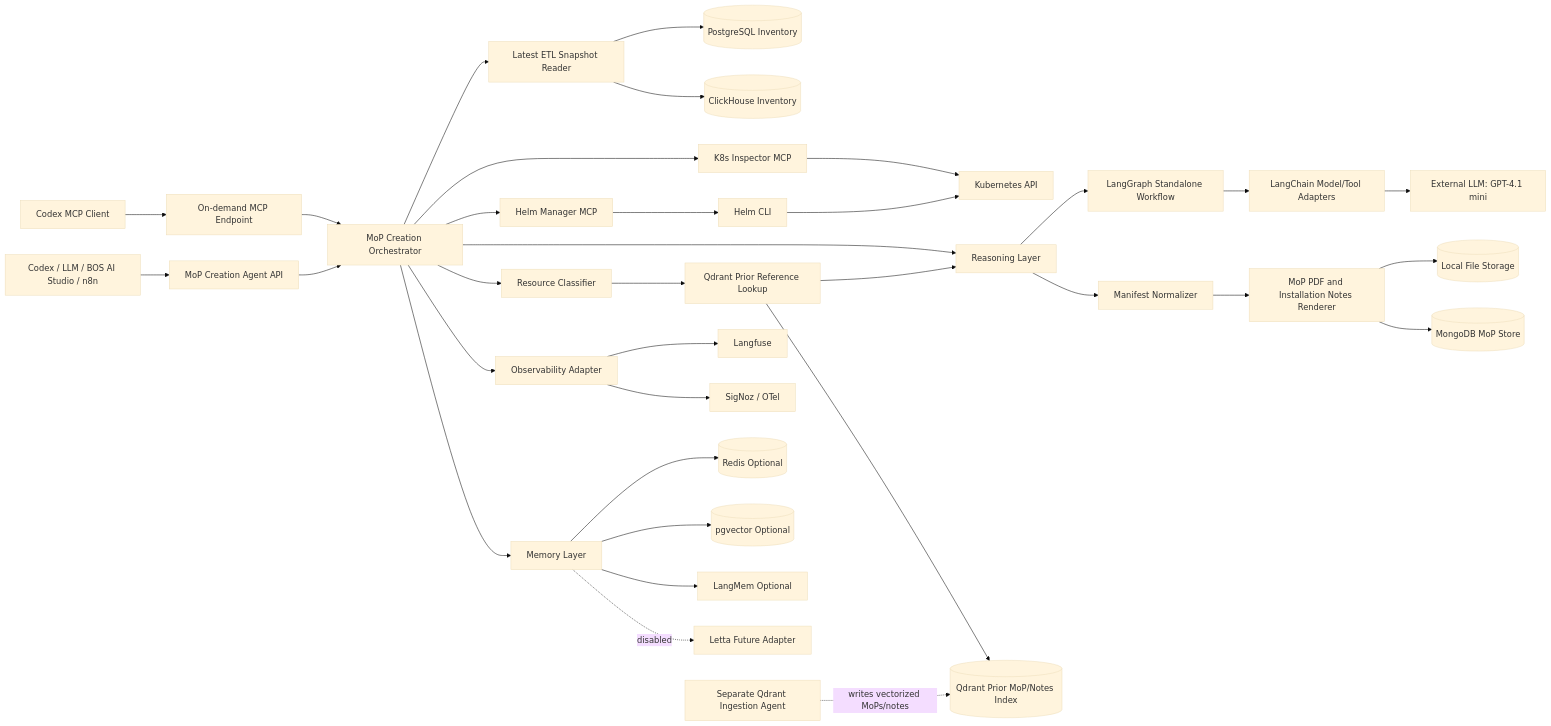
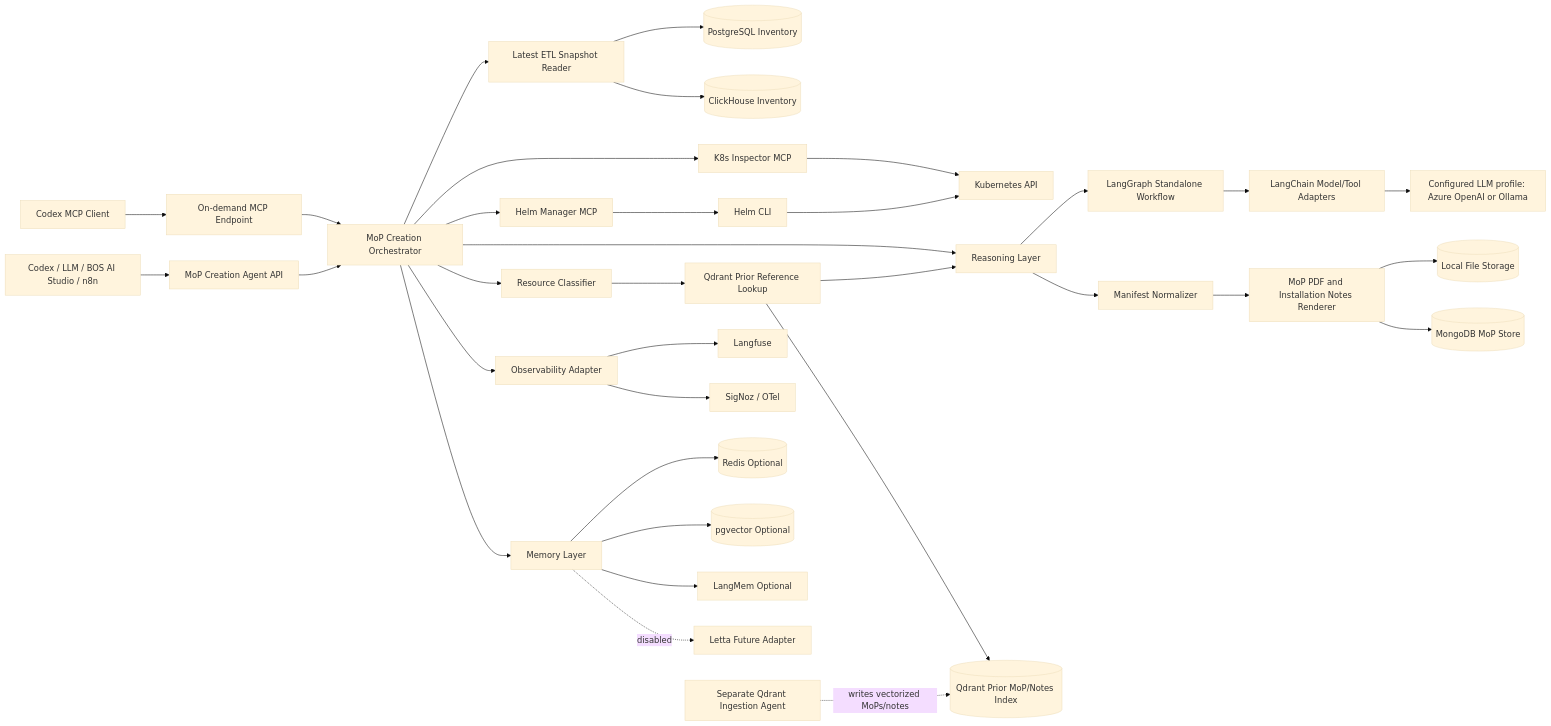
One commit to aveeshek/bosgenesis-mop-creation-agent changed the first of 5 diagrams in docs/02_HLD_MOP_CREATION_AGENT.md. Above: the diagram before and after it, drawn with Mermaid (base theme). The commit also changed other lines of this file and 40 other files, not shown here.

````diff
--- a/docs/02_HLD_MOP_CREATION_AGENT.md
+++ b/docs/02_HLD_MOP_CREATION_AGENT.md
@@ -16,42 +16,42 @@
 ```mermaid
 flowchart LR
     Caller["Codex / LLM / BOS AI Studio / n8n"] --> API["MoP Creation Agent API"]
     Codex["Codex MCP Client"] --> MCP["On-demand MCP Endpoint"]
     MCP --> Orchestrator["MoP Creation Orchestrator"]
     API --> Orchestrator
 
     Orchestrator --> Snapshot["Latest ETL Snapshot Reader"]
     Snapshot --> PG[("PostgreSQL Inventory")]
     Snapshot --> CH[("ClickHouse Inventory")]
 
     Orchestrator --> K8S["K8s Inspector MCP"]
     Orchestrator --> HELM["Helm Manager MCP"]
     K8S --> KAPI["Kubernetes API"]
     HELM --> HCLI["Helm CLI"]
     HCLI --> KAPI
 
     Orchestrator --> Classifier["Resource Classifier"]
     Orchestrator --> Reasoning["Reasoning Layer"]
     Reasoning --> LangGraph["LangGraph Standalone Workflow"]
     LangGraph --> LangChain["LangChain Model/Tool Adapters"]
-    LangChain --> LLM["External LLM: GPT-4.1 mini"]
+    LangChain --> LLM["Configured LLM profile: Azure OpenAI or Ollama"]
     Classifier --> Retrieval["Qdrant Prior Reference Lookup"]
     Retrieval --> Qdrant[("Qdrant Prior MoP/Notes Index")]
     Ingestion["Separate Qdrant Ingestion Agent"] -. "writes vectorized MoPs/notes" .-> Qdrant
     Retrieval --> Reasoning
     Reasoning --> Normalizer["Manifest Normalizer"]
     Normalizer --> Renderer["MoP PDF and Installation Notes Renderer"]
 
     Renderer --> Local[("Local File Storage")]
     Renderer --> Mongo[("MongoDB MoP Store")]
 
     Orchestrator --> Obs["Observability Adapter"]
     Obs --> Langfuse["Langfuse"]
     Obs --> SigNoz["SigNoz / OTel"]
 
     Orchestrator --> Memory["Memory Layer"]
     Memory --> Redis[("Redis Optional")]
     Memory --> PGV[("pgvector Optional")]
     Memory --> LangMem["LangMem Optional"]
     Memory -. "disabled" .-> Letta["Letta Future Adapter"]
 ```
````
